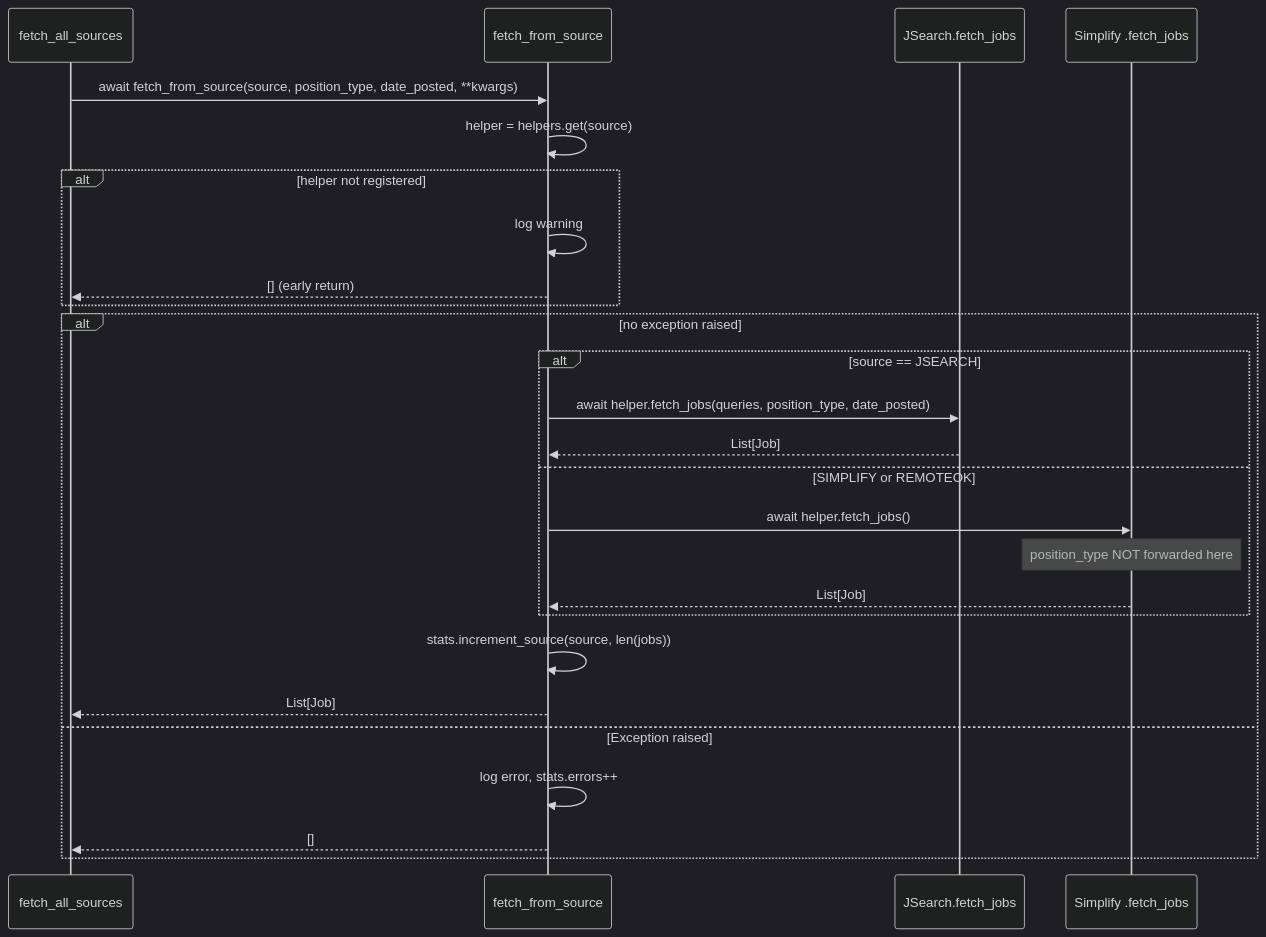
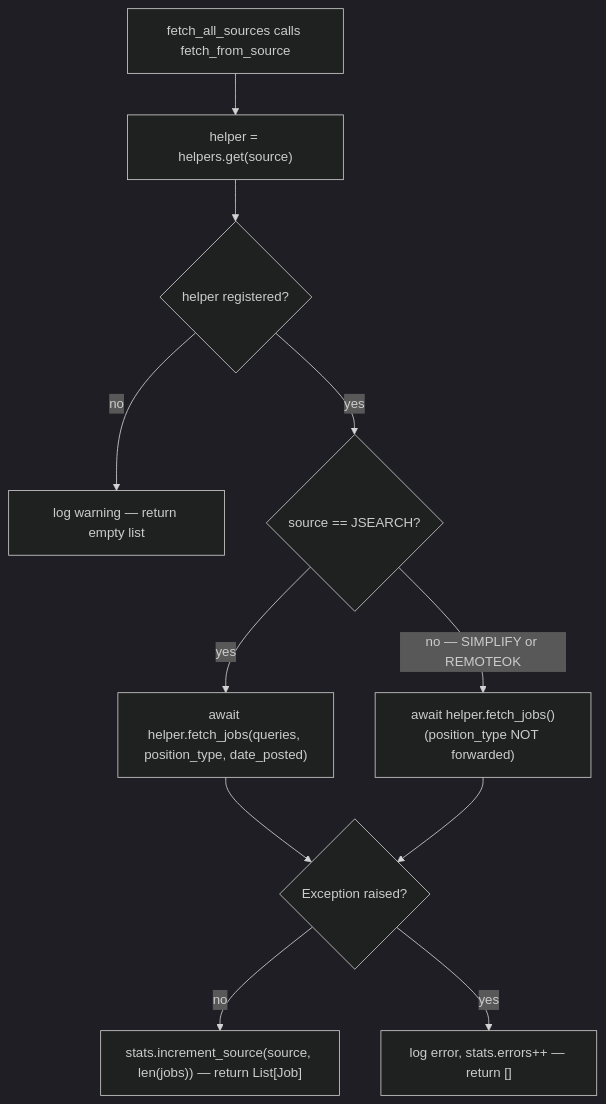
One commit to AustinDwomoh/libra changed the second of 5 diagrams in docs/diagrams/azalea_seq.md. Above: the diagram before and after it, drawn with Mermaid (dark theme). The commit also changed other lines of this file and 17 other files, not shown here.

First line of the commit message:
Convert Mermaid sequences to flowcharts

````diff
--- a/docs/diagrams/azalea_seq.md
+++ b/docs/diagrams/azalea_seq.md
@@ -22,37 +12,18 @@
 ```mermaid
-%% sequenceDiagram — fetch_from_source (route to correct helper)
+%% flowchart — fetch_from_source (route to correct helper)
 %% NOTE: position_type is forwarded to JSearch only. For SIMPLIFY (the only other
 %% helper actually registered) the case _ branch calls helper.fetch_jobs() with no
 %% args, dropping position_type. REMOTEOK is included for completeness but never
 %% reaches this point in practice — see _init_helpers diagram above.
-sequenceDiagram
-    participant FA as fetch_all_sources
-    participant Az as fetch_from_source
-    participant JS as JSearch.fetch_jobs
-    participant Other as Simplify .fetch_jobs
-
-    FA->>Az: await fetch_from_source(source, position_type, date_posted, **kwargs)
-    Az->>Az: helper = helpers.get(source)
-
-    alt helper not registered
-        Az->>Az: log warning
-        Az-->>FA: [] (early return)
-    end
-
-    alt no exception raised
-        alt source == JSEARCH
-            Az->>JS: await helper.fetch_jobs(queries, position_type, date_posted)
-            JS-->>Az: List[Job]
-        else SIMPLIFY or REMOTEOK
-            Az->>Other: await helper.fetch_jobs()
-            Note over Other: position_type NOT forwarded here
-            Other-->>Az: List[Job]
-        end
-        Az->>Az: stats.increment_source(source, len(jobs))
-        Az-->>FA: List[Job]
-    else Exception raised
-        Az->>Az: log error, stats.errors++
-        Az-->>FA: []
-    end
-
+flowchart TD
+    A[fetch_all_sources calls fetch_from_source] --> B["helper = helpers.get(source)"]
+    B --> C{helper registered?}
+    C -->|no| D[log warning — return empty list]
+    C -->|yes| E{"source == JSEARCH?"}
+    E -->|yes| F["await helper.fetch_jobs(queries, position_type, date_posted)"]
+    E -->|no — SIMPLIFY or REMOTEOK| G["await helper.fetch_jobs()<br/>(position_type NOT forwarded)"]
+    F --> H{Exception raised?}
+    G --> H
+    H -->|no| I["stats.increment_source(source, len(jobs)) — return List[Job]"]
+    H -->|yes| J["log error, stats.errors++ — return []"]
 ```
````
